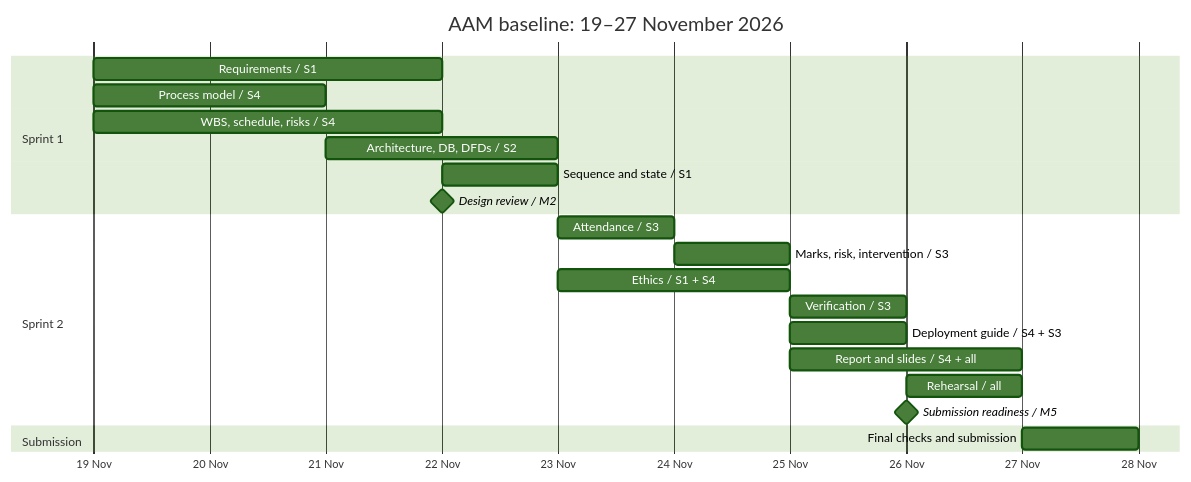
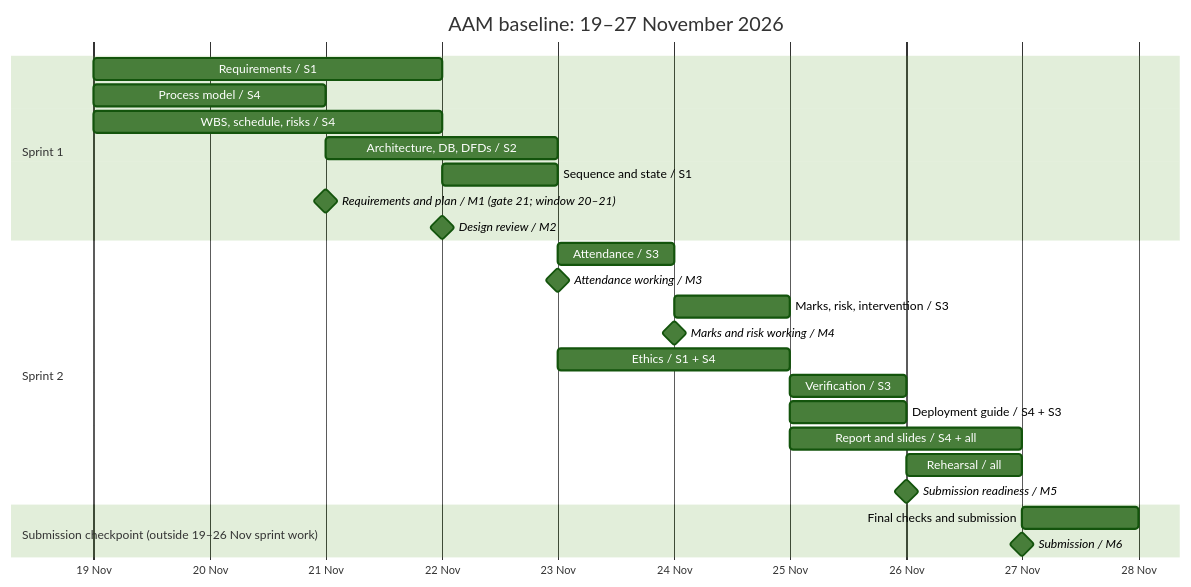
The diagram in planning/GANTT.md (sahid-alam/attendance-academic-monitor), drawn with Mermaid (forest theme) before and after one commit. The commit also changed other lines of this file and 8 other files, not shown here.

````diff
--- a/planning/GANTT.md
+++ b/planning/GANTT.md
@@ -9,24 +9,28 @@
 ```mermaid
 gantt
     title AAM baseline: 19–27 November 2026
     dateFormat YYYY-MM-DD
     axisFormat %d Nov
     section Sprint 1
     Requirements / S1                :a, 2026-11-19, 3d
     Process model / S4               :b, 2026-11-19, 2d
     WBS, schedule, risks / S4        :c, 2026-11-19, 3d
     Architecture, DB, DFDs / S2      :d, 2026-11-21, 2d
     Sequence and state / S1          :e, 2026-11-22, 1d
+    Requirements and plan / M1 (gate 21; window 20–21) :milestone, 2026-11-21, 0d
     Design review / M2              :milestone, 2026-11-22, 0d
     section Sprint 2
     Attendance / S3                 :f, 2026-11-23, 1d
+    Attendance working / M3         :milestone, 2026-11-23, 0d
     Marks, risk, intervention / S3   :g, 2026-11-24, 1d
+    Marks and risk working / M4     :milestone, 2026-11-24, 0d
     Ethics / S1 + S4                :h, 2026-11-23, 2d
     Verification / S3               :i, 2026-11-25, 1d
     Deployment guide / S4 + S3       :j, 2026-11-25, 1d
     Report and slides / S4 + all    :k, 2026-11-25, 2d
     Rehearsal / all                 :l, 2026-11-26, 1d
     Submission readiness / M5       :milestone, 2026-11-26, 0d
-    section Submission
+    section Submission checkpoint (outside 19–26 Nov sprint work)
     Final checks and submission     :m, 2026-11-27, 1d
+    Submission / M6                 :milestone, 2026-11-27, 0d
 ```
````
